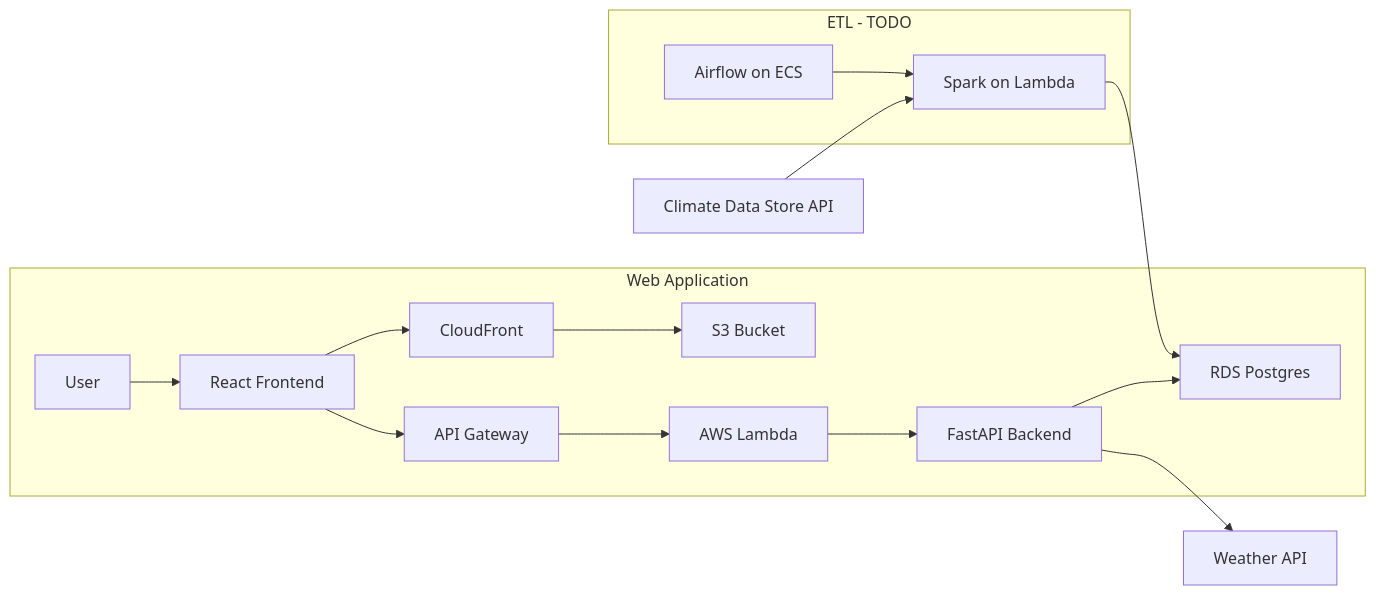
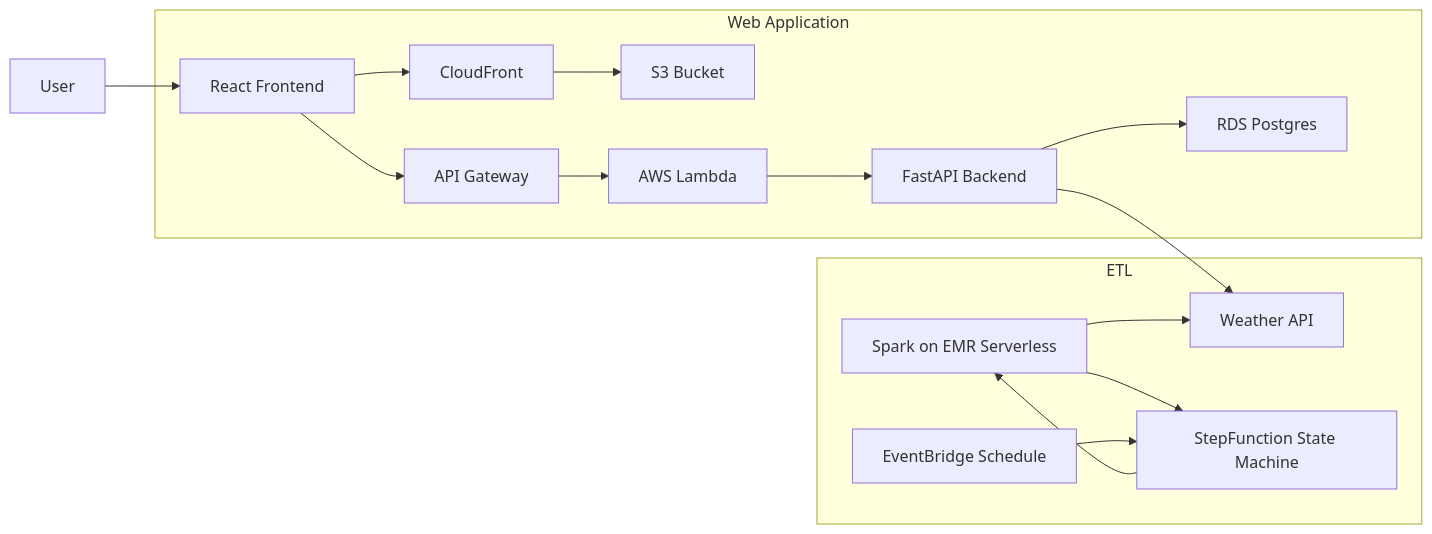
The first of 2 diagrams in README.md (kgmcquate/lake-freeze-frontend), drawn with Mermaid before and after one commit.

````diff
--- a/README.md
+++ b/README.md
@@ -14,25 +14,28 @@
 ```mermaid
 graph LR;
+  A[User] --> B
+
   subgraph Web Application
-    A[User] --> B[React Frontend]
+    B[React Frontend]
     B --> C[CloudFront]
     C --> D[S3 Bucket]
     B --> F[API Gateway]
     F --> G[AWS Lambda]
     G --> H[FastAPI Backend]
     H --> I[RDS Postgres]
   end
 
   H --> J[Weather API]
 
   M[Climate Data Store API] --> L
 
-  subgraph ETL - TODO
-    K[Airflow on ECS] --> L[Spark on Lambda]
-    L --> I
+  subgraph ETL
+    K[EventBridge Schedule] --> L[StepFunction State Machine]
+    L --> M[Spark on EMR Serverless]
+    M --> J
     
   end
 
 
 
 ```
````
